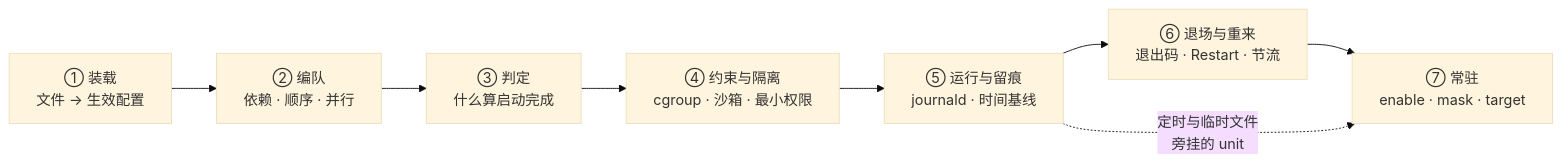
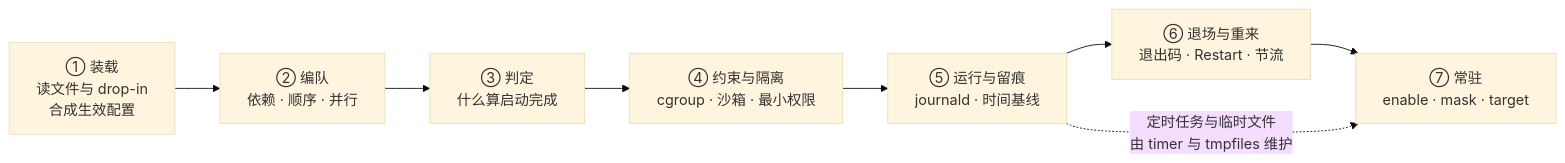
One commit to realtyz/ops-manual changed the diagram in Linux/08_systemd与服务管理/00_导读与知识地图.md. Above: the diagram before and after it, drawn with Mermaid (base theme). The commit also changed other lines of this file and 118 other files, not shown here.

````diff
--- a/Linux/08_systemd与服务管理/00_导读与知识地图.md
+++ b/Linux/08_systemd与服务管理/00_导读与知识地图.md
@@ -19,10 +19,10 @@
 ```mermaid
 flowchart LR
-  A["① 装载<br/>文件 → 生效配置"] --> B["② 编队<br/>依赖 · 顺序 · 并行"]
+  A["① 装载<br/>读文件与 drop-in<br/>合成生效配置"] --> B["② 编队<br/>依赖 · 顺序 · 并行"]
   B --> C["③ 判定<br/>什么算启动完成"]
   C --> D["④ 约束与隔离<br/>cgroup · 沙箱 · 最小权限"]
   D --> E["⑤ 运行与留痕<br/>journald · 时间基线"]
   E --> F["⑥ 退场与重来<br/>退出码 · Restart · 节流"]
   F --> G["⑦ 常驻<br/>enable · mask · target"]
-  E -.->|"定时与临时文件<br/>旁挂的 unit"| G
+  E -.->|"定时任务与临时文件<br/>由 timer 与 tmpfiles 维护"| G
 ```
````
